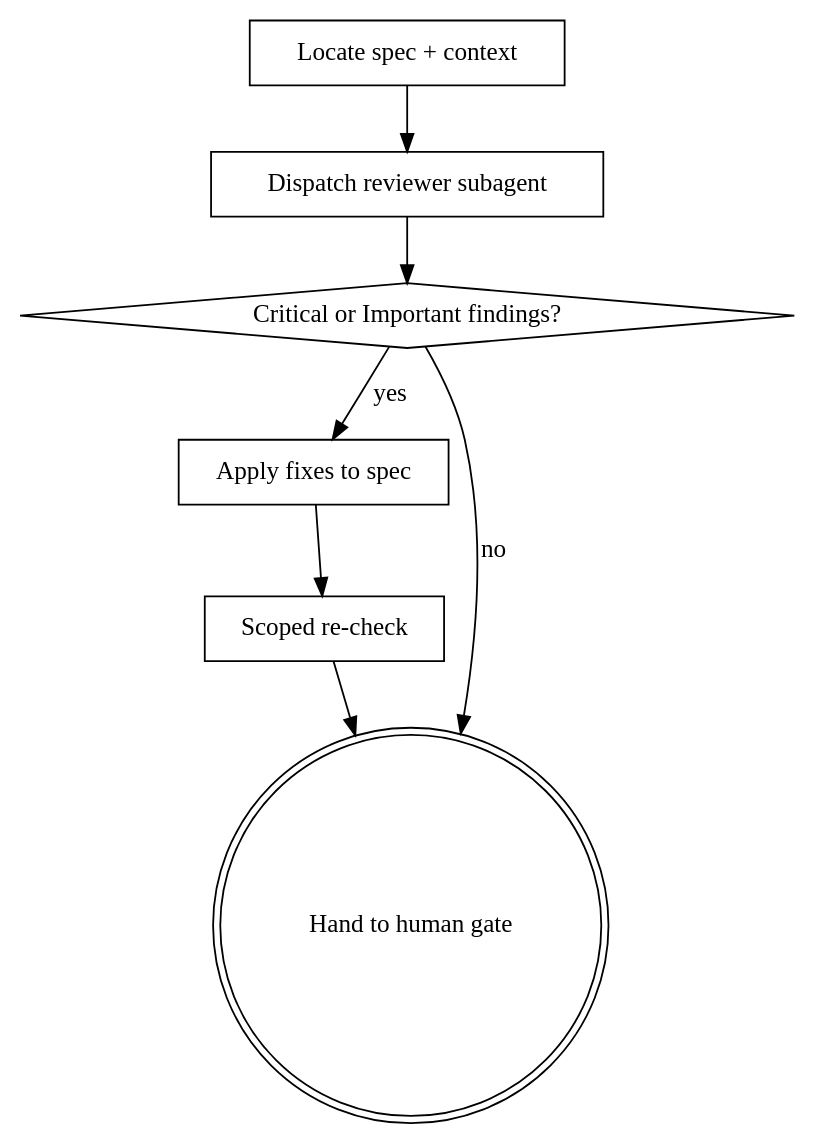
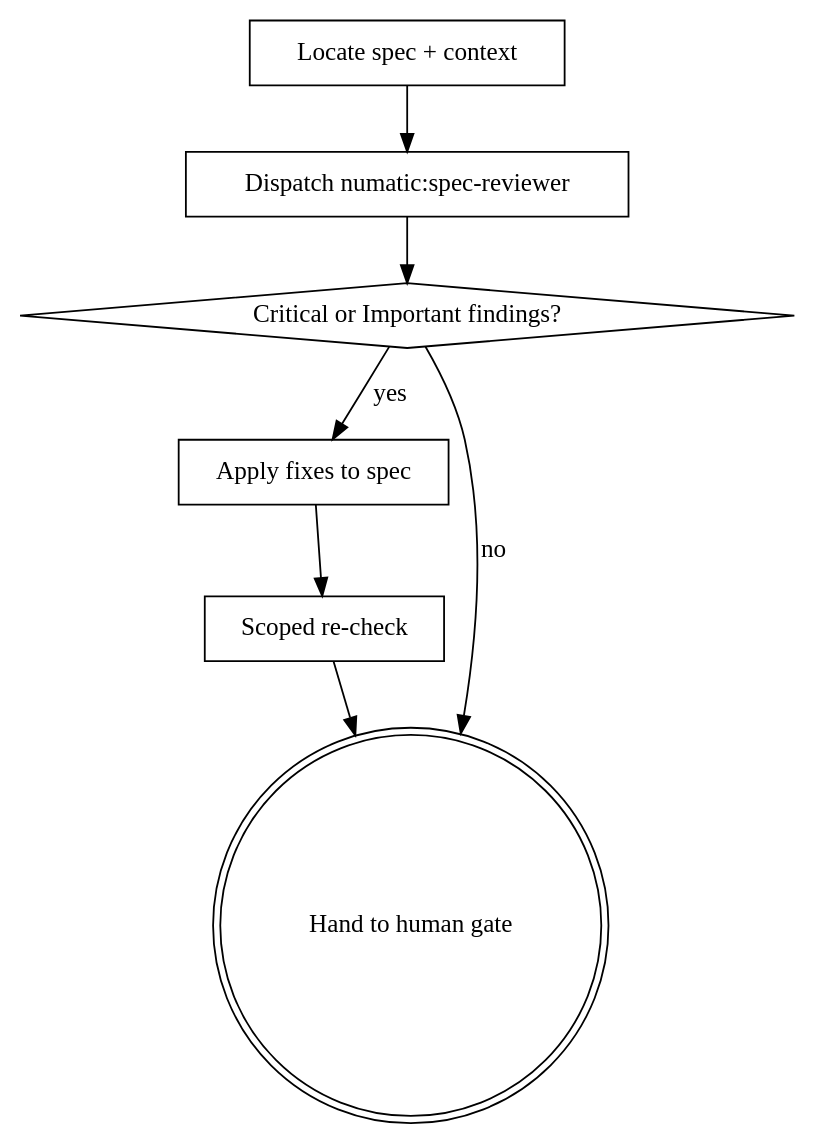
Before and after one commit to numaticco/claude-plugins: the diagram in plugins/numatic/skills/reviewing-specs/SKILL.md, drawn with Graphviz. The commit also changed other lines of this file and 17 other files, not shown here.

````diff
--- a/plugins/numatic/skills/reviewing-specs/SKILL.md
+++ b/plugins/numatic/skills/reviewing-specs/SKILL.md
@@ -38,17 +42,17 @@
 ```dot
 digraph reviewing_specs {
     "Locate spec + context" [shape=box];
-    "Dispatch reviewer subagent" [shape=box];
+    "Dispatch numatic:spec-reviewer" [shape=box];
     "Critical or Important findings?" [shape=diamond];
     "Apply fixes to spec" [shape=box];
     "Scoped re-check" [shape=box];
     "Hand to human gate" [shape=doublecircle];
 
-    "Locate spec + context" -> "Dispatch reviewer subagent";
-    "Dispatch reviewer subagent" -> "Critical or Important findings?";
+    "Locate spec + context" -> "Dispatch numatic:spec-reviewer";
+    "Dispatch numatic:spec-reviewer" -> "Critical or Important findings?";
     "Critical or Important findings?" -> "Hand to human gate" [label="no"];
     "Critical or Important findings?" -> "Apply fixes to spec" [label="yes"];
     "Apply fixes to spec" -> "Scoped re-check";
     "Scoped re-check" -> "Hand to human gate";
 }
 ```
````
